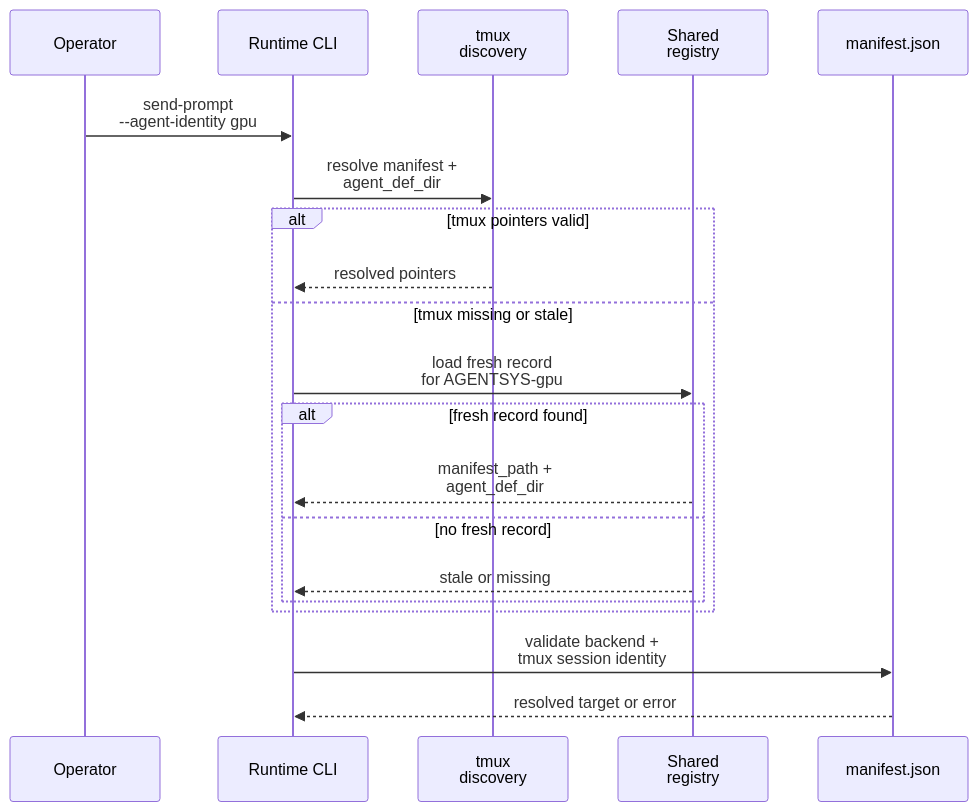
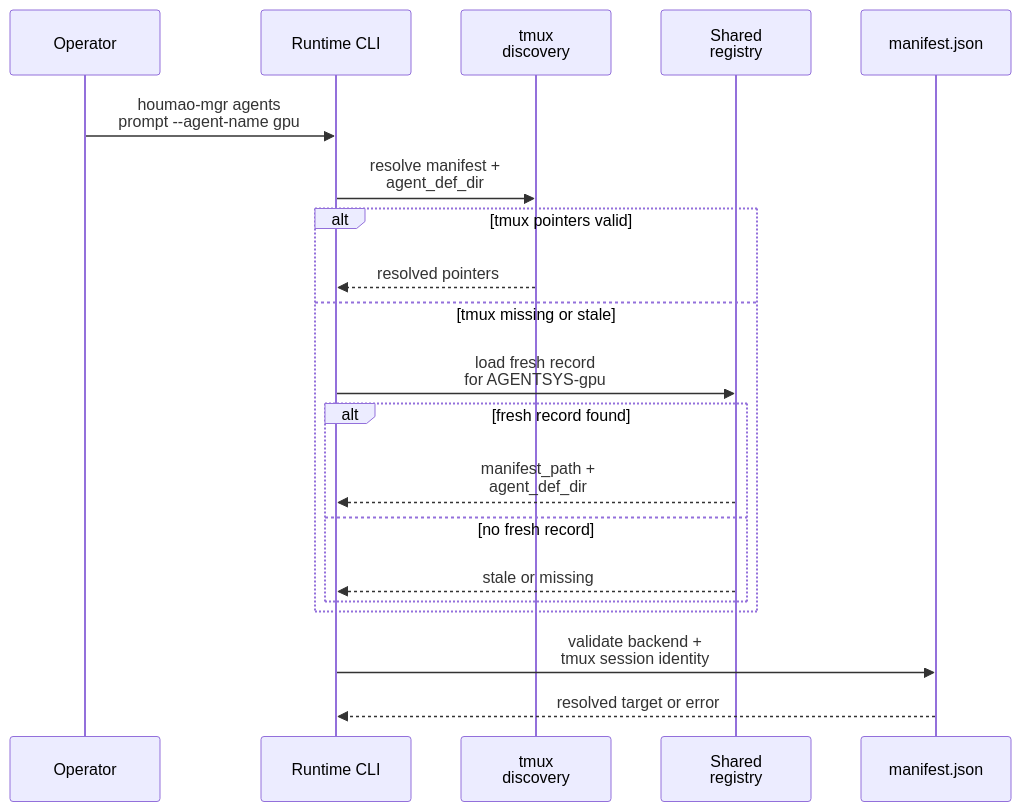
The first of 2 diagrams in docs/reference/registry/operations/discovery-and-cleanup.md (igamenovoer/houmao), drawn with Mermaid before and after one commit. The commit also changed other lines of this file and 17 other files, not shown here.

First line of the commit message:
docs: revise houmao-mgr docs to reflect current CLI surface

````diff
--- a/docs/reference/registry/operations/discovery-and-cleanup.md
+++ b/docs/reference/registry/operations/discovery-and-cleanup.md
@@ -44,22 +44,22 @@
 ```mermaid
 sequenceDiagram
     participant Op as Operator
     participant CLI as Runtime CLI
     participant TM as tmux<br/>discovery
     participant RG as Shared<br/>registry
     participant MF as manifest.json
-    Op->>CLI: send-prompt<br/>--agent-identity gpu
+    Op->>CLI: houmao-mgr agents<br/>prompt --agent-name gpu
     CLI->>TM: resolve manifest +<br/>agent_def_dir
     alt tmux pointers valid
         TM-->>CLI: resolved pointers
     else tmux missing or stale
         CLI->>RG: load fresh record<br/>for AGENTSYS-gpu
         alt fresh record found
             RG-->>CLI: manifest_path +<br/>agent_def_dir
         else no fresh record
             RG-->>CLI: stale or missing
         end
     end
     CLI->>MF: validate backend +<br/>tmux session identity
     MF-->>CLI: resolved target or error
 ```
````
